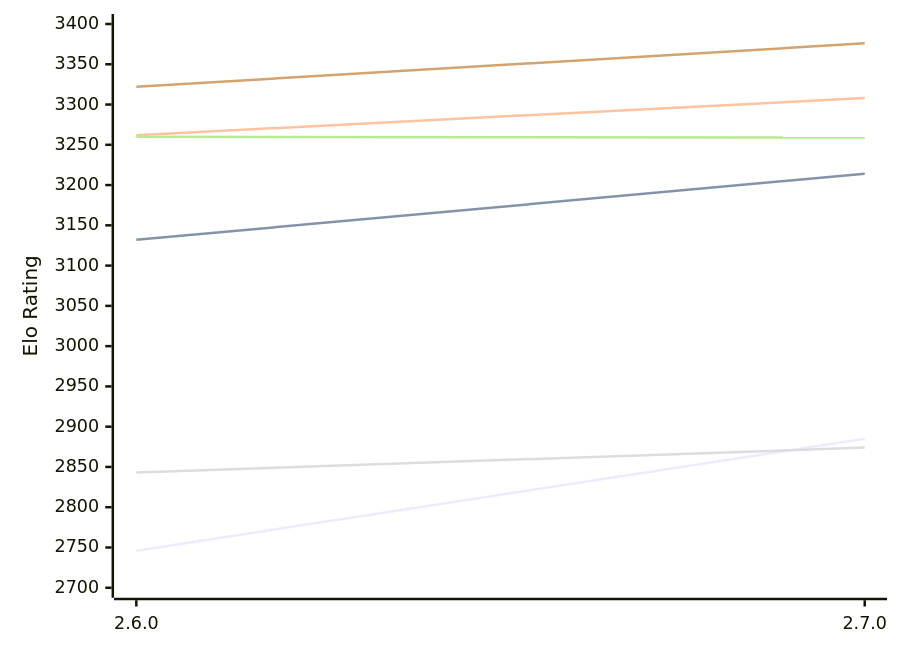
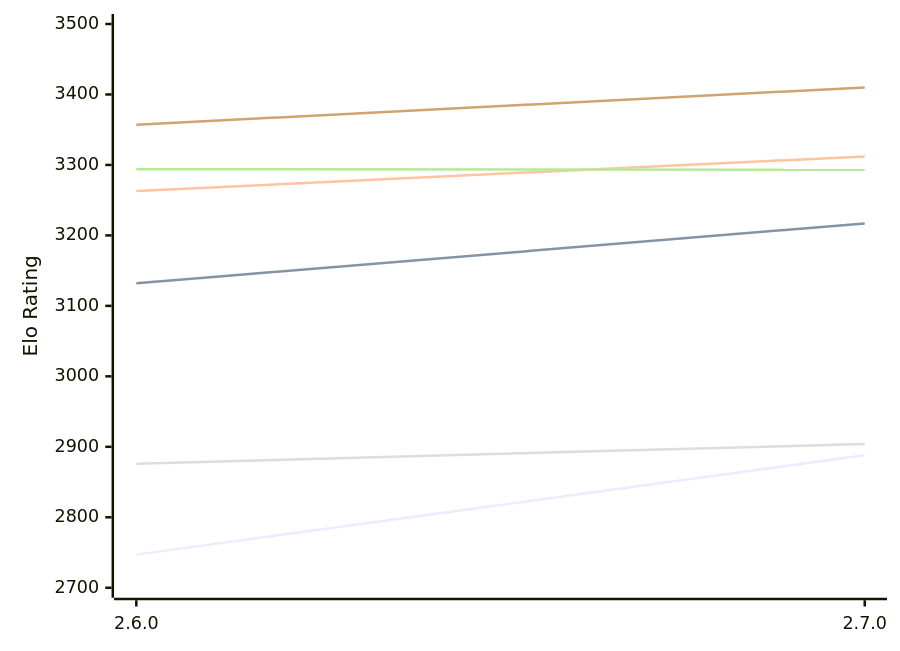
One commit to computer-chess-index/cci changed the first of 2 diagrams in engines/Sturddle2.md. Above: the diagram before and after it, drawn with Mermaid. The commit also changed other lines of this file, not shown here.

Commit message:
Update CCI Ratings (ELO VLTC) - 2026-11-05

````diff
--- a/engines/Sturddle2.md
+++ b/engines/Sturddle2.md
@@ -51,12 +51,12 @@
 ```mermaid
 %%{init: {"theme":"base","themeVariables":{"seriesColors:['#a3a3a3','#222221','#faa371']}}}%%
 xychart-beta
   x-axis ["2.6.0", "2.7.0"]
-  y-axis "Elo Rating" 2700 --> 3400
-  line "E1: STC (8.0+0.08s)" [2746, 2885]
-  line "E1: LTC (60.0+0.60s)" [3132, 3214]
-  line "E1: VLTC (2m24s+1.12s)" [3262, 3308]
-  line "P1: STC (8.0+0.08s)" [2843, 2874]
-  line "P1: LTC (60.0+0.60s)" [3260, 3259]
-  line "P1: VLTC (2m24s+1.12s)" [3322, 3376]
+  y-axis "Elo Rating" 2700 --> 3500
+  line "E1: STC (8.0+0.08s)" [2747, 2888]
+  line "E1: LTC (60.0+0.60s)" [3132, 3217]
+  line "E1: VLTC (2m24s+1.12s)" [3263, 3312]
+  line "P1: STC (8.0+0.08s)" [2876, 2904]
+  line "P1: LTC (60.0+0.60s)" [3294, 3293]
+  line "P1: VLTC (2m24s+1.12s)" [3357, 3410]
 ```
````
